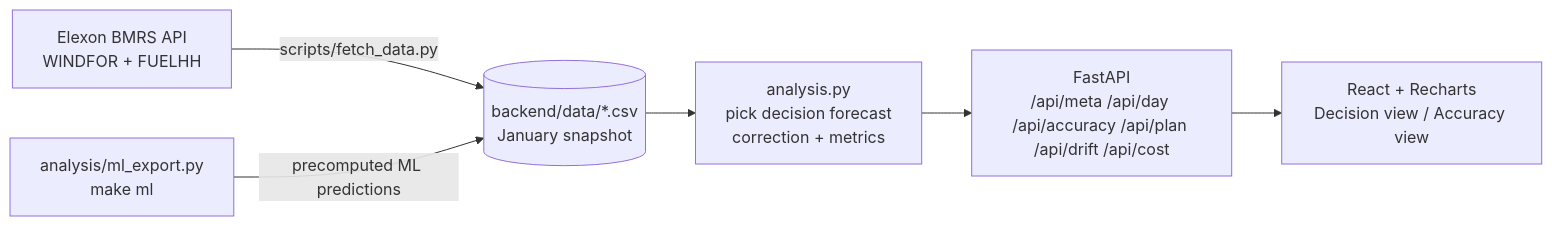
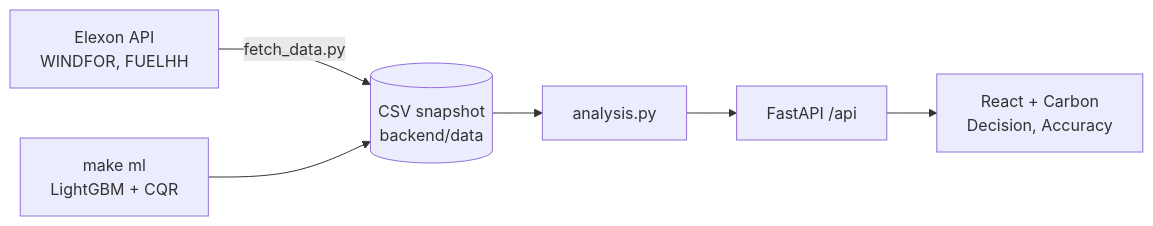
Before and after one commit to AdityaMedidala/drluam: the diagram in README.md, drawn with Mermaid. The commit also changed other lines of this file, not shown here.

Commit message:
docs: restructure README with architecture diagram, method, evidence and AI-use sections

````diff
--- a/README.md
+++ b/README.md
@@ -41,8 +30,8 @@
 ```mermaid
 flowchart LR
-  E[Elexon BMRS API<br/>WINDFOR + FUELHH] -->|scripts/fetch_data.py| D[(backend/data/*.csv<br/>January snapshot)]
-  M[analysis/ml_export.py<br/>make ml] -->|precomputed ML predictions| D
-  D --> A[analysis.py<br/>pick decision forecast<br/>correction + metrics]
-  A --> API[FastAPI<br/>/api/meta /api/day /api/accuracy /api/plan /api/drift /api/cost]
-  API --> UI[React + Recharts<br/>Decision view / Accuracy view]
+  E["Elexon API<br/>WINDFOR, FUELHH"] -->|fetch_data.py| D[("CSV snapshot<br/>backend/data")]
+  ML["make ml<br/>LightGBM + CQR"] --> D
+  D --> A["analysis.py"]
+  A --> API["FastAPI /api"]
+  API --> UI["React + Carbon<br/>Decision, Accuracy"]
 ```
````
